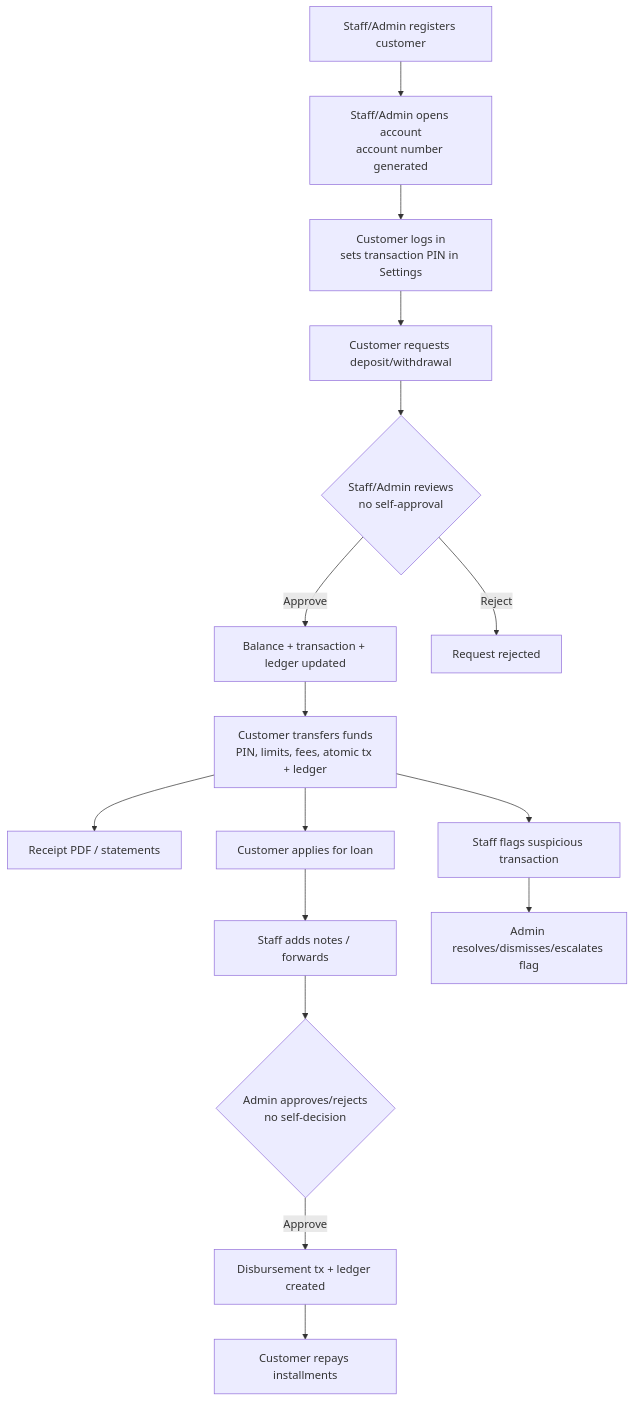
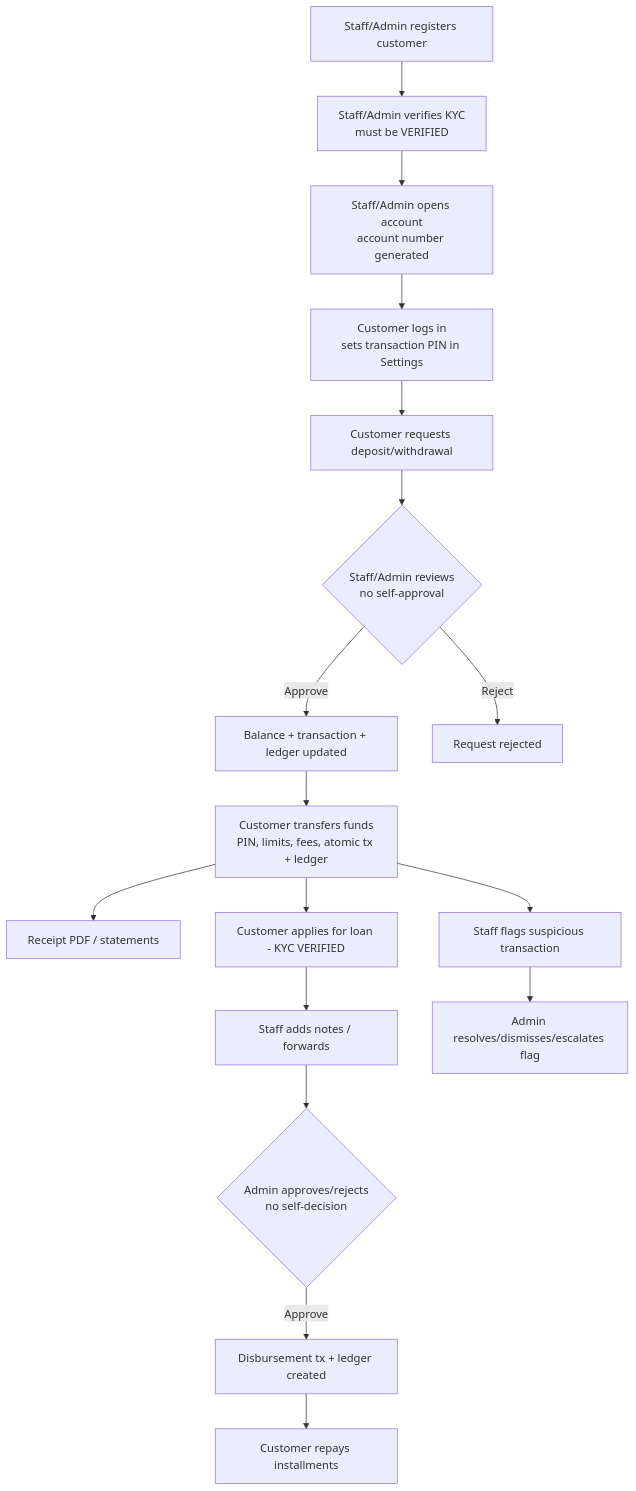
One commit to nasirmasud/nexa-bank changed the first of 2 diagrams in README.md. Above: the diagram before and after it, drawn with Mermaid. The commit also changed other lines of this file, not shown here.

````diff
--- a/README.md
+++ b/README.md
@@ -189,18 +192,19 @@
 ```mermaid
 flowchart TD
-  A[Staff/Admin registers customer] --> B["Staff/Admin opens account<br/>account number generated"]
-  B --> C[Customer logs in\nsets transaction PIN in Settings]
-  C --> D[Customer requests deposit/withdrawal]
-  D --> E{"Staff/Admin reviews<br/>no self-approval"}
-  E -->|Approve| F[Balance + transaction + ledger updated]
-  E -->|Reject| G[Request rejected]
-  F --> H["Customer transfers funds<br/>PIN, limits, fees, atomic tx + ledger"]
-  H --> I[Receipt PDF / statements]
-  H --> J[Customer applies for loan]
-  J --> K[Staff adds notes / forwards]
-  K --> L{"Admin approves/rejects<br/>no self-decision"}
-  L -->|Approve| M[Disbursement tx + ledger created]
-  M --> N[Customer repays installments]
-  H --> O[Staff flags suspicious transaction]
-  O --> P[Admin resolves/dismisses/escalates flag]
+  A[Staff/Admin registers customer] --> B["Staff/Admin verifies KYC<br/>must be VERIFIED"]
+  B --> C["Staff/Admin opens account<br/>account number generated"]
+  C --> D[Customer logs in\nsets transaction PIN in Settings]
+  D --> E[Customer requests deposit/withdrawal]
+  E --> F{"Staff/Admin reviews<br/>no self-approval"}
+  F -->|Approve| G[Balance + transaction + ledger updated]
+  F -->|Reject| H[Request rejected]
+  G --> I["Customer transfers funds<br/>PIN, limits, fees, atomic tx + ledger"]
+  I --> J[Receipt PDF / statements]
+  I --> K[Customer applies for loan - KYC VERIFIED]
+  K --> L[Staff adds notes / forwards]
+  L --> M{"Admin approves/rejects<br/>no self-decision"}
+  M -->|Approve| N[Disbursement tx + ledger created]
+  N --> O[Customer repays installments]
+  I --> P[Staff flags suspicious transaction]
+  P --> Q[Admin resolves/dismisses/escalates flag]
 ```
````
